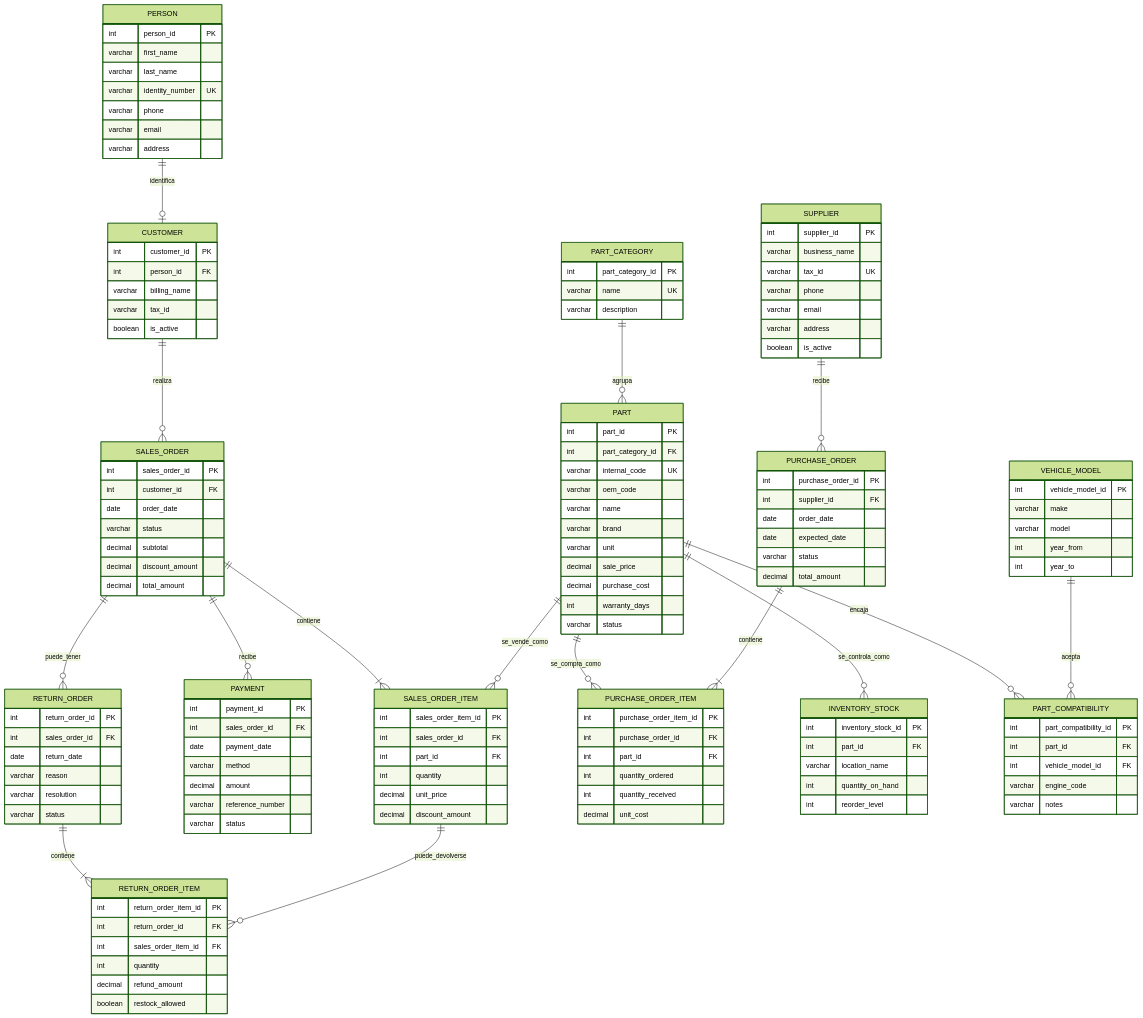
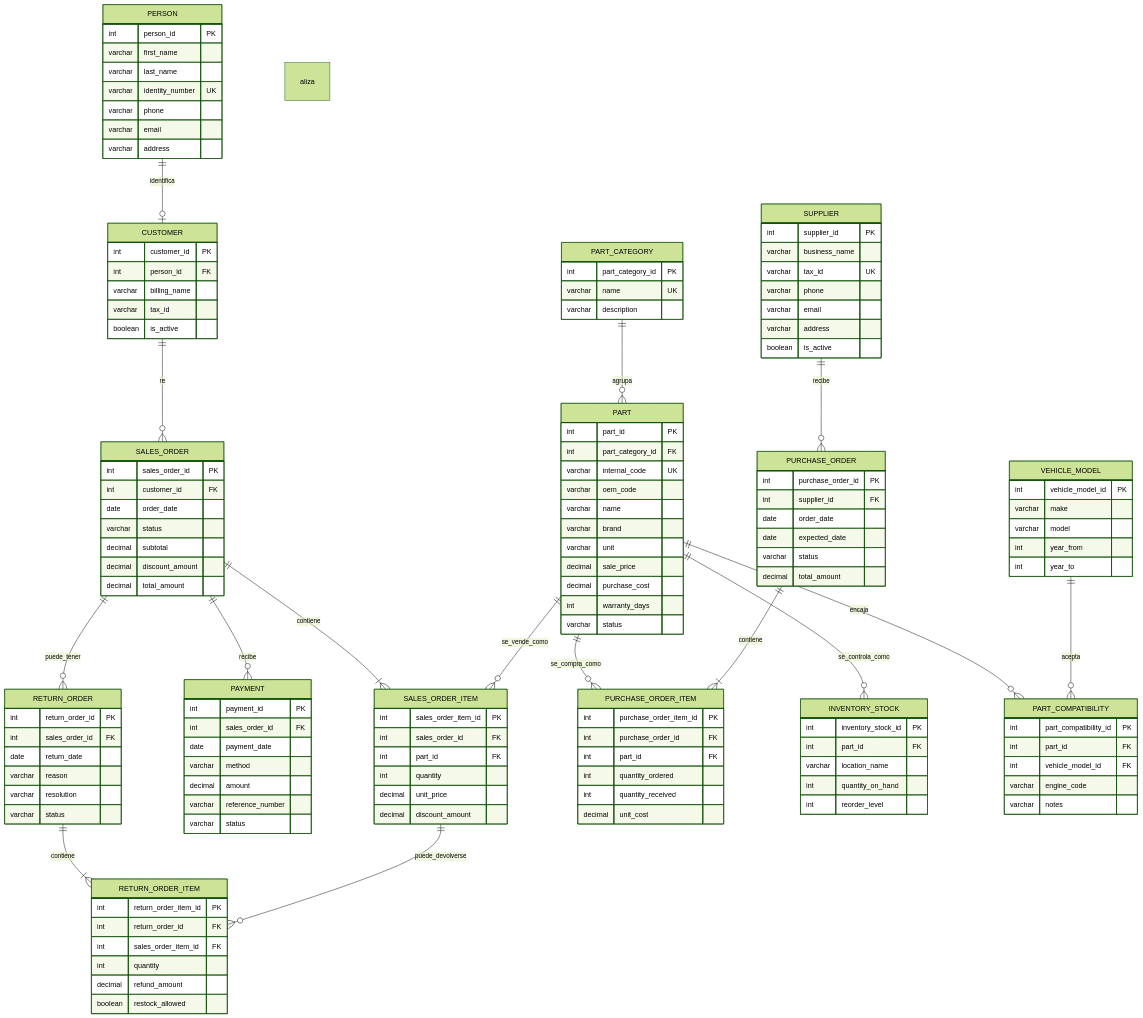
Before and after one commit to cesarszv/sis122-zarvent-repuestos: the diagram in docs/database/erd.md, drawn with Mermaid (forest theme).

Commit message:
Fix typo in ERD documentation for SALES_ORDER relationship

````diff
--- a/docs/database/erd.md
+++ b/docs/database/erd.md
@@ -12,7 +12,7 @@
 ```mermaid
 erDiagram
     PERSON ||--o| CUSTOMER : identifica
-    CUSTOMER ||--o{ SALES_ORDER : realiza
+    CUSTOMER ||--o{ SALES_ORDER : re    aliza
     SALES_ORDER ||--|{ SALES_ORDER_ITEM : contiene
     SALES_ORDER ||--o{ PAYMENT : recibe
     SALES_ORDER ||--o{ RETURN_ORDER : puede_tener
````
